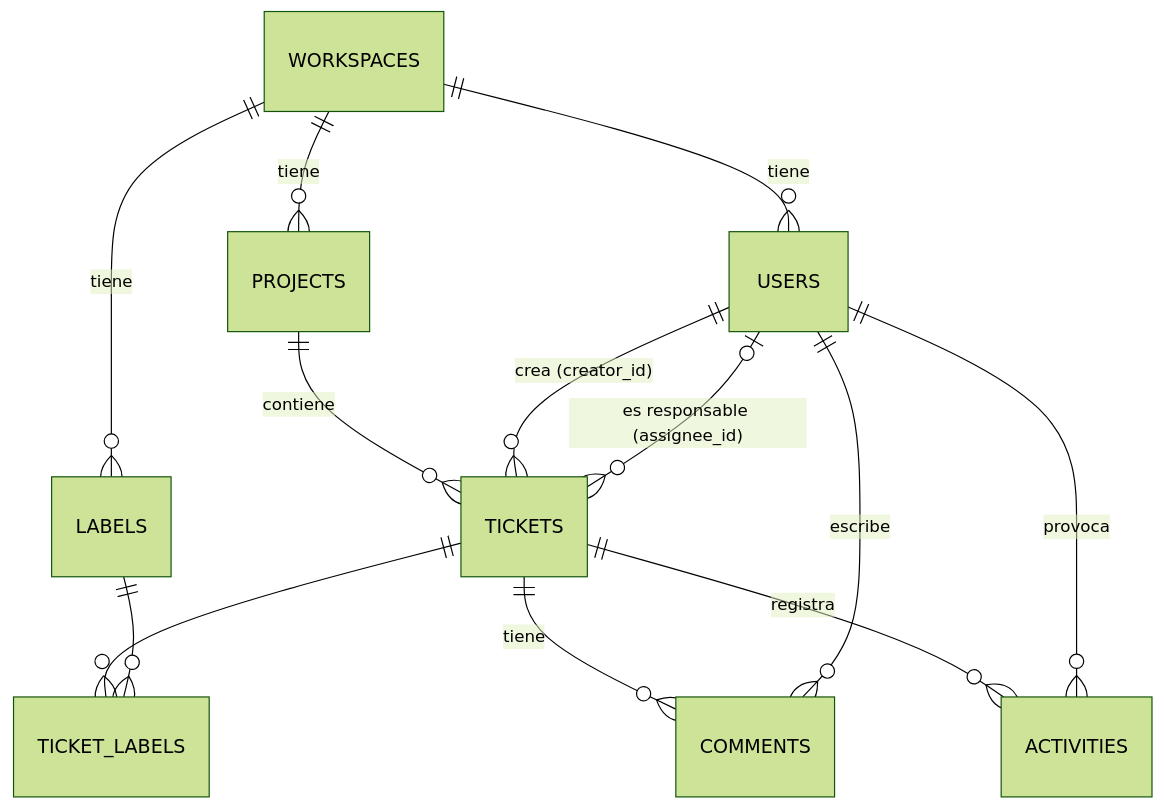
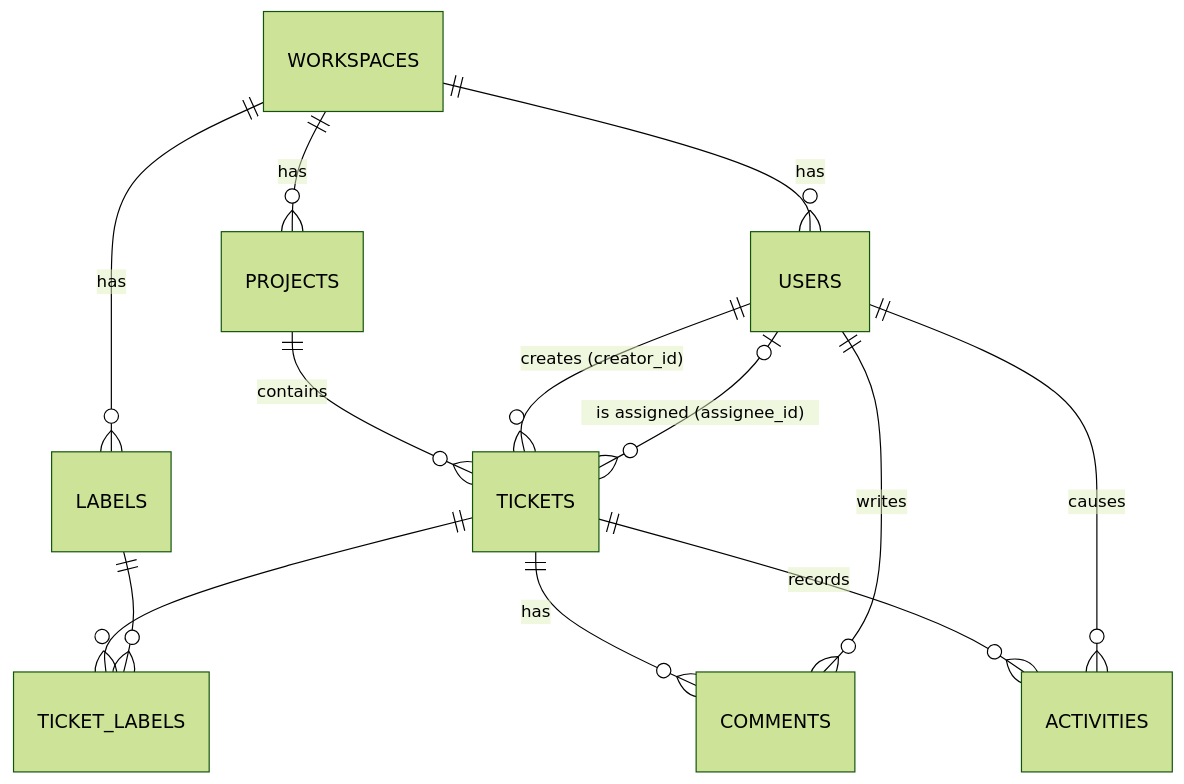
One commit to milionhub/QueueFlow changed the second of 2 diagrams in README.md. Above: the diagram before and after it, drawn with Mermaid (forest theme). The commit also changed other lines of this file and 10 other files, not shown here.

````diff
--- a/README.md
+++ b/README.md
@@ -173,15 +256,15 @@
 ```mermaid
 erDiagram
-    WORKSPACES ||--o{ USERS : "tiene"
-    WORKSPACES ||--o{ PROJECTS : "tiene"
-    WORKSPACES ||--o{ LABELS : "tiene"
-    PROJECTS ||--o{ TICKETS : "contiene"
-    USERS ||--o{ TICKETS : "crea (creator_id)"
-    USERS |o--o{ TICKETS : "es responsable (assignee_id)"
+    WORKSPACES ||--o{ USERS : has
+    WORKSPACES ||--o{ PROJECTS : has
+    WORKSPACES ||--o{ LABELS : has
+    PROJECTS ||--o{ TICKETS : contains
+    USERS ||--o{ TICKETS : "creates (creator_id)"
+    USERS |o--o{ TICKETS : "is assigned (assignee_id)"
     TICKETS ||--o{ TICKET_LABELS : ""
     LABELS ||--o{ TICKET_LABELS : ""
-    TICKETS ||--o{ COMMENTS : "tiene"
-    USERS ||--o{ COMMENTS : "escribe"
-    TICKETS ||--o{ ACTIVITIES : "registra"
-    USERS ||--o{ ACTIVITIES : "provoca"
+    TICKETS ||--o{ COMMENTS : has
+    USERS ||--o{ COMMENTS : writes
+    TICKETS ||--o{ ACTIVITIES : records
+    USERS ||--o{ ACTIVITIES : causes
 ```
````
